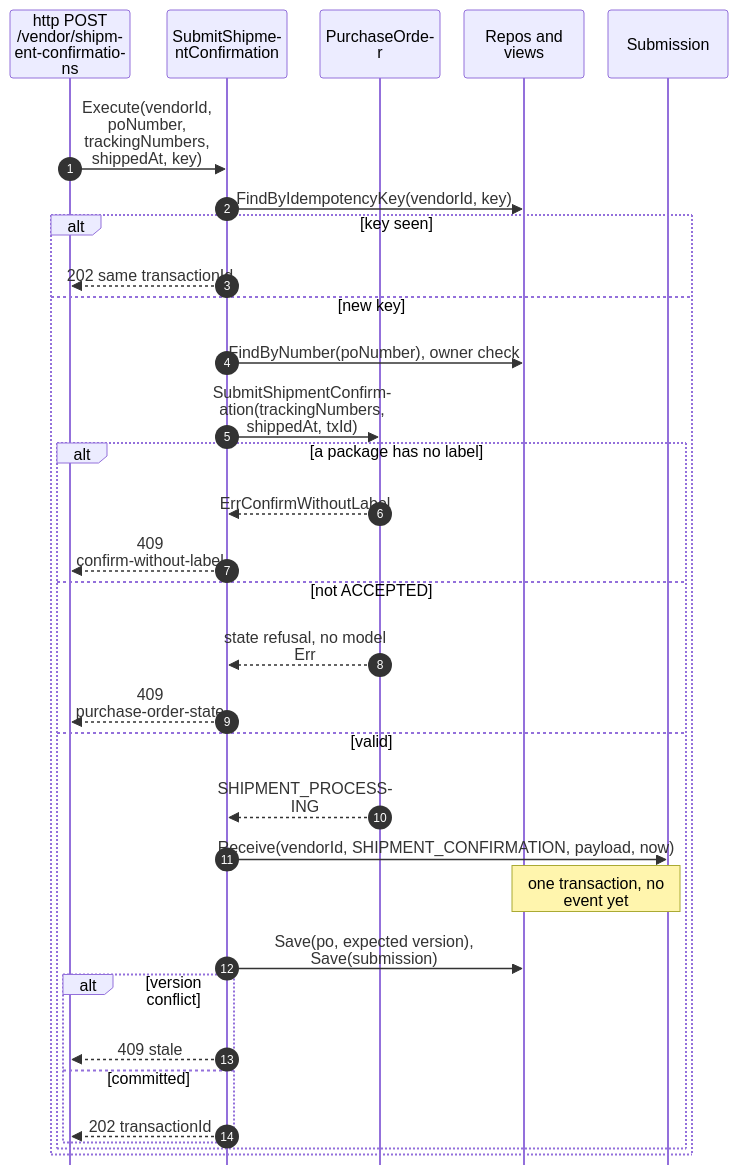
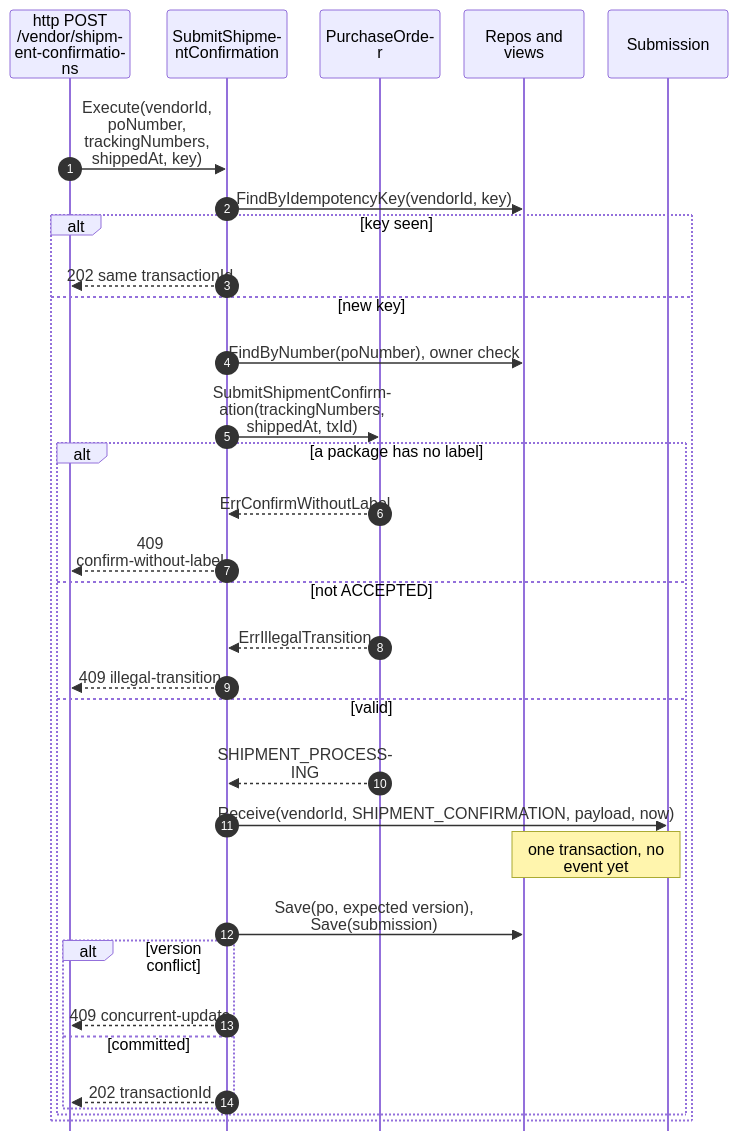
Before and after one commit to IQVO/warehouse-docs: the sixth of 10 diagrams in network/docs/contexts/vendor-connectivity/sequence-diagrams.md, drawn with Mermaid. The commit also changed other lines of this file and 7 other files, not shown here.

````diff
--- a/network/docs/contexts/vendor-connectivity/sequence-diagrams.md
+++ b/network/docs/contexts/vendor-connectivity/sequence-diagrams.md
@@ -266,35 +272,35 @@
 ```mermaid
 %%{init: {"sequence": {"wrap": true, "width": 120, "actorMargin": 24, "messageMargin": 28, "boxMargin": 6, "noteMargin": 6, "mirrorActors": false}}}%%
 sequenceDiagram
     autonumber
     participant H as http POST /vendor/shipment-confirmations
     participant UC as SubmitShipmentConfirmation
     participant A as PurchaseOrder
     participant R as Repos and views
     participant S as Submission
     H->>UC: Execute(vendorId, poNumber, trackingNumbers, shippedAt, key)
     UC->>R: FindByIdempotencyKey(vendorId, key)
     alt key seen
         UC-->>H: 202 same transactionId
     else new key
         UC->>R: FindByNumber(poNumber), owner check
         UC->>A: SubmitShipmentConfirmation(trackingNumbers, shippedAt, txId)
         alt a package has no label
             A-->>UC: ErrConfirmWithoutLabel
             UC-->>H: 409 confirm-without-label
         else not ACCEPTED
-            A-->>UC: state refusal, no model Err
-            UC-->>H: 409 purchase-order-state
+            A-->>UC: ErrIllegalTransition
+            UC-->>H: 409 illegal-transition
         else valid
             A-->>UC: SHIPMENT_PROCESSING
             UC->>S: Receive(vendorId, SHIPMENT_CONFIRMATION, payload, now)
             Note over R,S: one transaction, no event yet
             UC->>R: Save(po, expected version), Save(submission)
             alt version conflict
-                UC-->>H: 409 stale
+                UC-->>H: 409 concurrent-update
             else committed
                 UC-->>H: 202 transactionId
             end
         end
     end
 ```
````
